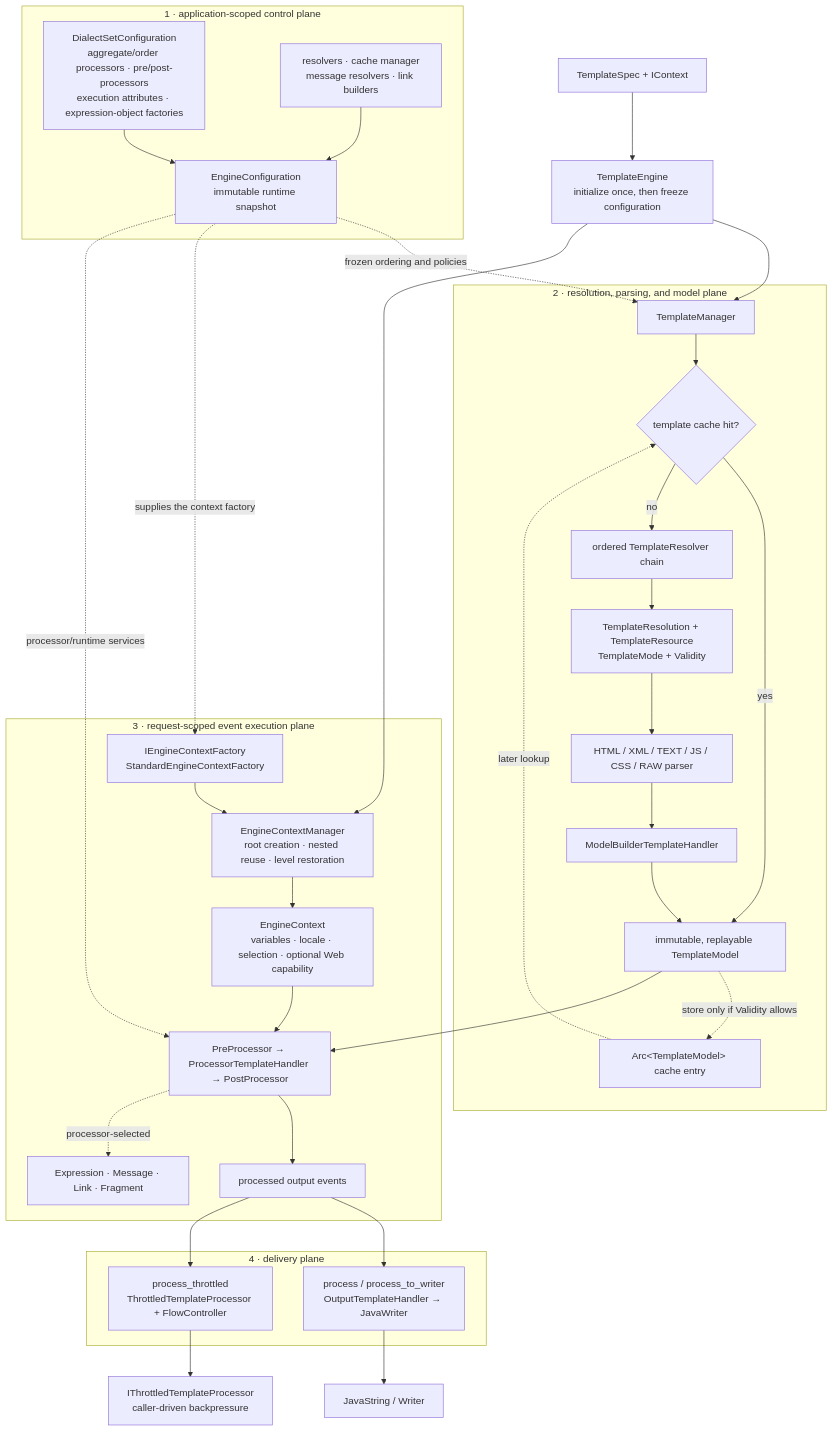
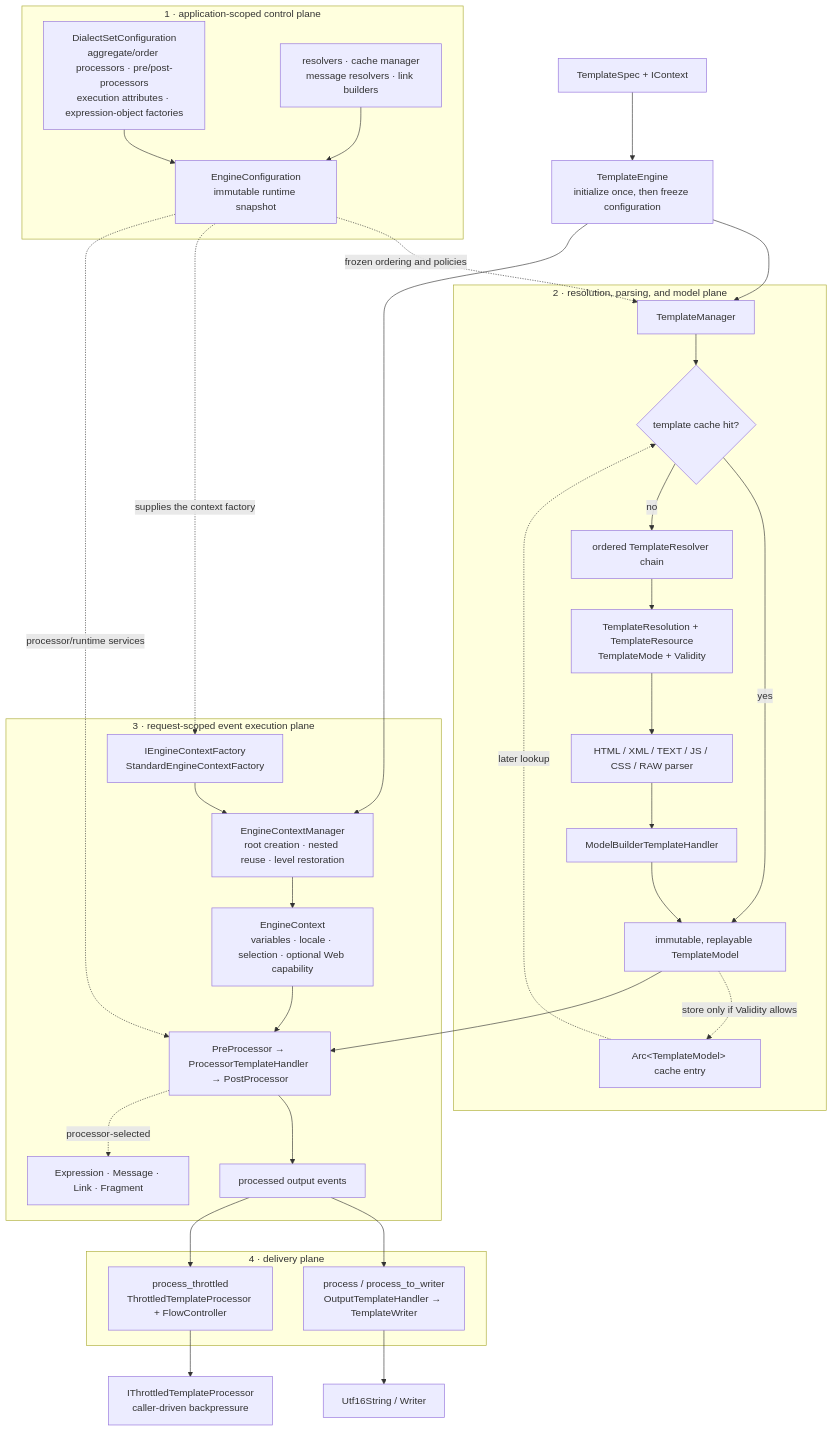
The first of 3 diagrams in thymeleaf/README.md (easy-4-rust/thymeleaf-rust), drawn with Mermaid before and after one commit. The commit also changed other lines of this file and 3 other files, not shown here.

````diff
--- a/thymeleaf/README.md
+++ b/thymeleaf/README.md
@@ -123,56 +123,56 @@
 ```mermaid
 flowchart TB
     INPUT["TemplateSpec + IContext"] --> ENGINE["TemplateEngine<br/>initialize once, then freeze configuration"]
 
     subgraph CONTROL["1 · application-scoped control plane"]
         DIALECTS["DialectSetConfiguration<br/>aggregate/order processors · pre/post-processors<br/>execution attributes · expression-object factories"]
         COLLABORATORS["resolvers · cache manager<br/>message resolvers · link builders"]
         CONFIG["EngineConfiguration<br/>immutable runtime snapshot"]
         DIALECTS --> CONFIG
         COLLABORATORS --> CONFIG
     end
 
     subgraph MODEL_PLANE["2 · resolution, parsing, and model plane"]
         MANAGER["TemplateManager"]
         CACHE{"template cache hit?"}
         RESOLVER["ordered TemplateResolver chain"]
         RESOURCE["TemplateResolution + TemplateResource<br/>TemplateMode + Validity"]
         PARSER["HTML / XML / TEXT / JS / CSS / RAW parser"]
         BUILDER["ModelBuilderTemplateHandler"]
         MODEL["immutable, replayable TemplateModel"]
         STORE["Arc&lt;TemplateModel&gt; cache entry"]
         MANAGER --> CACHE
         CACHE -->|yes| MODEL
         CACHE -->|no| RESOLVER --> RESOURCE --> PARSER --> BUILDER --> MODEL
         MODEL -. "store only if Validity allows" .-> STORE
         STORE -. "later lookup" .-> CACHE
     end
 
     subgraph EXECUTION["3 · request-scoped event execution plane"]
         CONTEXT_MANAGER["EngineContextManager<br/>root creation · nested reuse · level restoration"]
         CONTEXT_FACTORY["IEngineContextFactory<br/>StandardEngineContextFactory"]
         CONTEXT["EngineContext<br/>variables · locale · selection · optional Web capability"]
         HANDLERS["PreProcessor → ProcessorTemplateHandler → PostProcessor"]
         SERVICES["Expression · Message · Link · Fragment"]
         EVENTS["processed output events"]
         CONTEXT_FACTORY --> CONTEXT_MANAGER --> CONTEXT
         CONTEXT --> HANDLERS
         MODEL --> HANDLERS --> EVENTS
         HANDLERS -. "processor-selected" .-> SERVICES
     end
 
     subgraph DELIVERY["4 · delivery plane"]
-        FULL["process / process_to_writer<br/>OutputTemplateHandler → JavaWriter"]
+        FULL["process / process_to_writer<br/>OutputTemplateHandler → TemplateWriter"]
         THROTTLED["process_throttled<br/>ThrottledTemplateProcessor + FlowController"]
         EVENTS --> FULL
         EVENTS --> THROTTLED
     end
 
     ENGINE --> MANAGER
     ENGINE --> CONTEXT_MANAGER
     CONFIG -. "frozen ordering and policies" .-> MANAGER
     CONFIG -. "supplies the context factory" .-> CONTEXT_FACTORY
     CONFIG -. "processor/runtime services" .-> HANDLERS
-    FULL --> FULL_RESULT["JavaString / Writer"]
+    FULL --> FULL_RESULT["Utf16String / Writer"]
     THROTTLED --> STREAM_RESULT["IThrottledTemplateProcessor<br/>caller-driven backpressure"]
 ```
````
